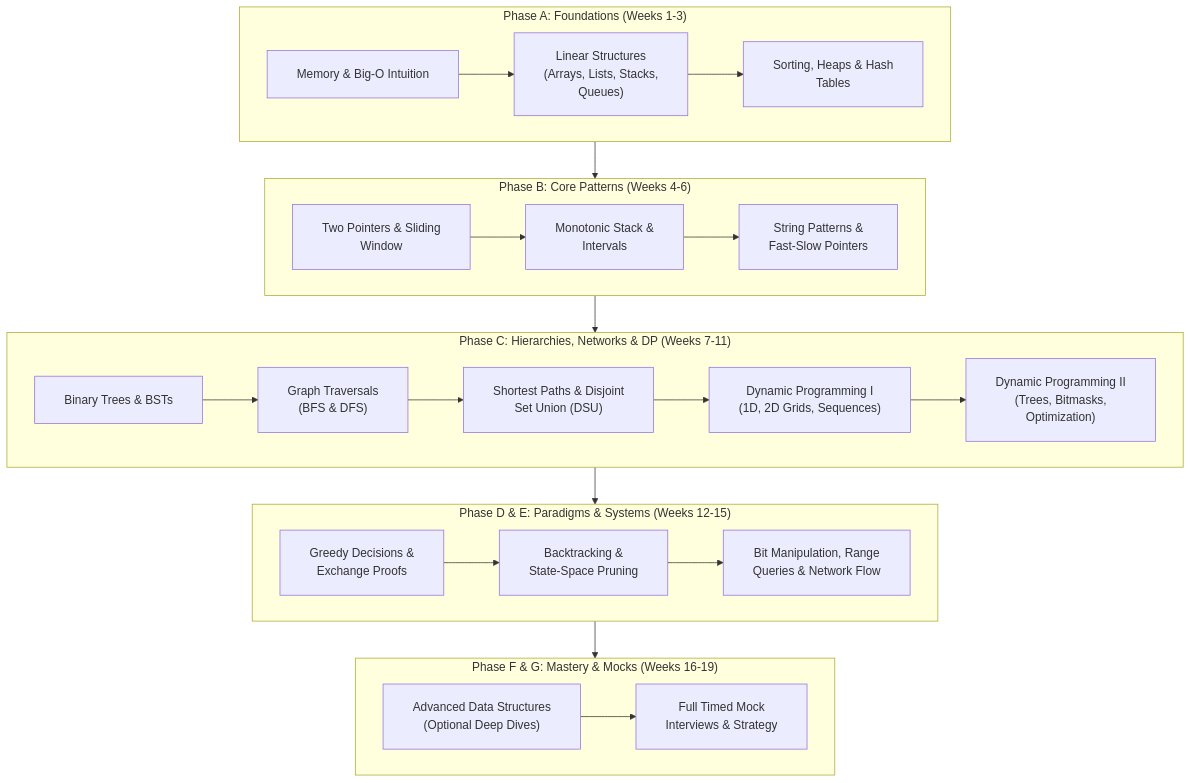
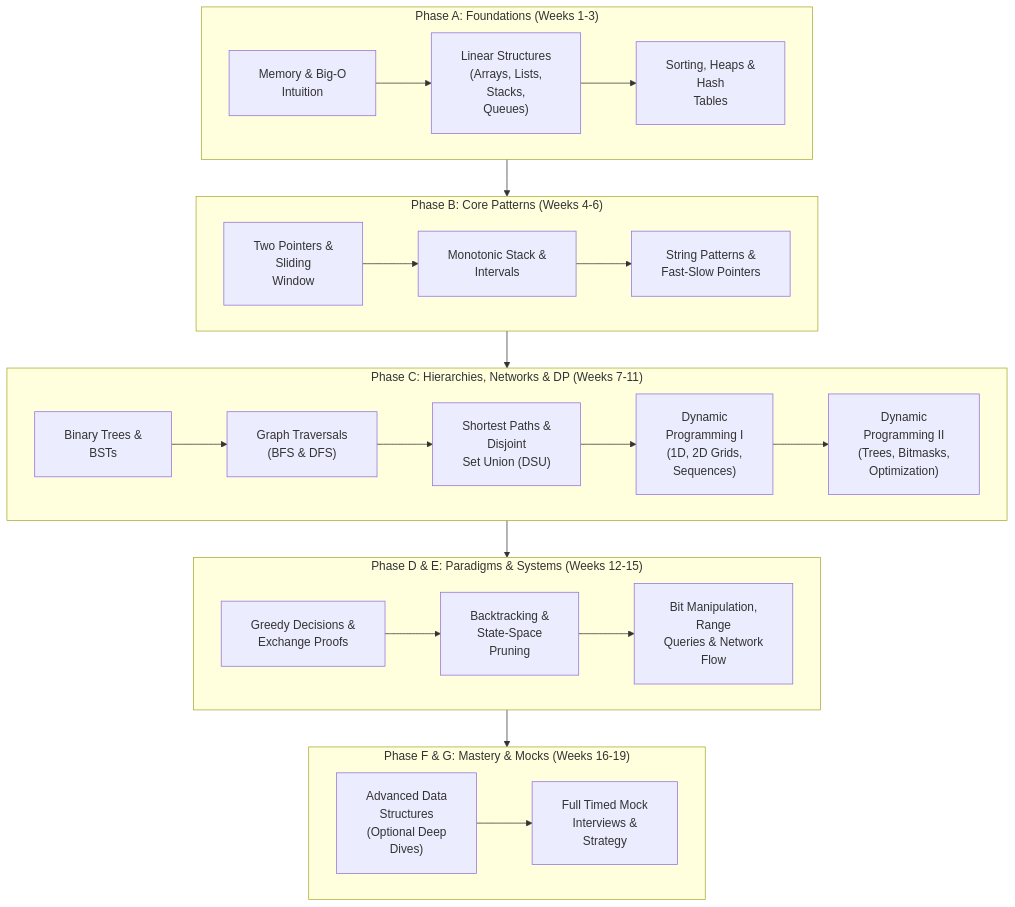
The diagram in Readme.md (dip4k/DSA_102), drawn with Mermaid before and after one commit. The commit also changed 106 other files, not shown here.

First line of the commit message:
fix(mermaid): prevent text clipping with foreignObject overflow and tighter line wrapping

````diff
--- a/Readme.md
+++ b/Readme.md
@@ -26,34 +26,34 @@
 ```mermaid
-%%{init: {"flowchart": {"htmlLabels": true, "padding": 20}}}%%
+%%{init: {"flowchart": {"htmlLabels": true, "padding": 20}, "themeCSS": "foreignObject { overflow: visible !important; }"}}%%
 flowchart TD
     subgraph PhaseA["Phase A: Foundations (Weeks 1-3)"]
-        F1["Memory & Big-O Intuition"] --> F2["Linear Structures<br/>(Arrays, Lists, Stacks,<br/>Queues)"]
-        F2 --> F3["Sorting, Heaps & Hash<br/>Tables"]
+        F1["Memory & Big-O<br/>Intuition"] --> F2["Linear Structures<br/>(Arrays, Lists,<br/>Stacks,<br/>Queues)"]
+        F2 --> F3["Sorting, Heaps &<br/>Hash<br/>Tables"]
     end
 
     subgraph PhaseB["Phase B: Core Patterns (Weeks 4-6)"]
-        P1["Two Pointers & Sliding<br/>Window"] --> P2["Monotonic Stack &<br/>Intervals"]
+        P1["Two Pointers &<br/>Sliding<br/>Window"] --> P2["Monotonic Stack &<br/>Intervals"]
         P2 --> P3["String Patterns &<br/>Fast-Slow Pointers"]
     end
 
     subgraph PhaseC["Phase C: Hierarchies, Networks & DP (Weeks 7-11)"]
-        T1["Binary Trees & BSTs"] --> G1["Graph Traversals<br/>(BFS & DFS)"]
-        G1 --> G2["Shortest Paths & Disjoint<br/>Set Union (DSU)"]
-        G2 --> DP1["Dynamic Programming I<br/>(1D, 2D Grids, Sequences)"]
-        DP1 --> DP2["Dynamic Programming II<br/>(Trees, Bitmasks,<br/>Optimization)"]
+        T1["Binary Trees &<br/>BSTs"] --> G1["Graph Traversals<br/>(BFS & DFS)"]
+        G1 --> G2["Shortest Paths &<br/>Disjoint<br/>Set Union (DSU)"]
+        G2 --> DP1["Dynamic<br/>Programming I<br/>(1D, 2D Grids,<br/>Sequences)"]
+        DP1 --> DP2["Dynamic<br/>Programming II<br/>(Trees, Bitmasks,<br/>Optimization)"]
     end
 
     subgraph PhaseD["Phase D & E: Paradigms & Systems (Weeks 12-15)"]
-        D1["Greedy Decisions &<br/>Exchange Proofs"] --> D2["Backtracking &<br/>State-Space Pruning"]
-        D2 --> E1["Bit Manipulation, Range<br/>Queries & Network Flow"]
+        D1["Greedy Decisions &<br/>Exchange Proofs"] --> D2["Backtracking &<br/>State-Space<br/>Pruning"]
+        D2 --> E1["Bit Manipulation,<br/>Range<br/>Queries & Network<br/>Flow"]
     end
 
     subgraph PhaseFG["Phase F & G: Mastery & Mocks (Weeks 16-19)"]
-        ADV["Advanced Data Structures<br/>(Optional Deep Dives)"] --> MOCK["Full Timed Mock<br/>Interviews & Strategy"]
+        ADV["Advanced Data<br/>Structures<br/>(Optional Deep<br/>Dives)"] --> MOCK["Full Timed Mock<br/>Interviews &<br/>Strategy"]
     end
 
     PhaseA --> PhaseB
     PhaseB --> PhaseC
     PhaseC --> PhaseD
     PhaseD --> PhaseFG
 ```
````
